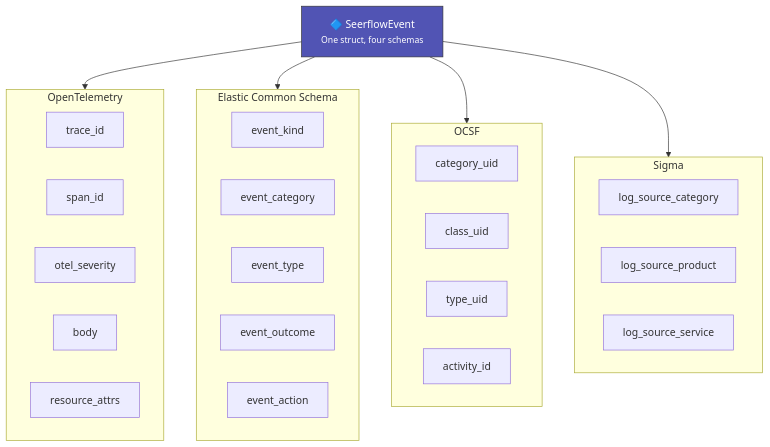
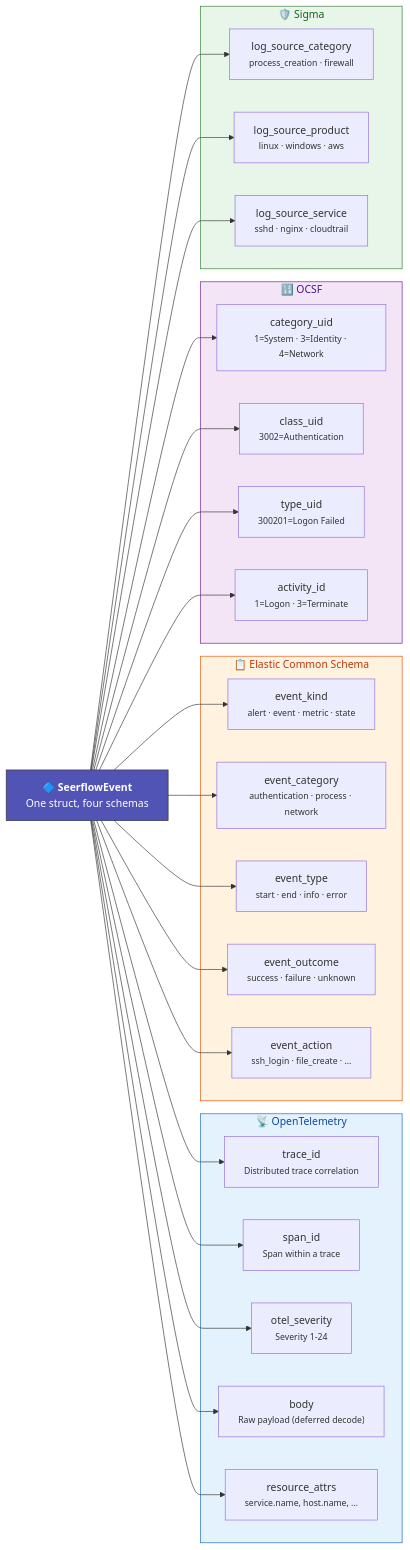
The diagram in docs/architecture/event-model.md (seerflow/seerflow-guide), drawn with Mermaid before and after one commit.

Commit message:
docs: enlarge Schema Unification diagram — LR layout, per-field arrows, descriptions, color-coded subgraphs

````diff
--- a/docs/architecture/event-model.md
+++ b/docs/architecture/event-model.md
@@ -147,44 +147,44 @@
 ```mermaid
-graph TB
-    SE["🔷 SeerflowEvent<br/><small>One struct, four schemas</small>"]
+graph LR
+    SE["🔷 <b>SeerflowEvent</b><br/>One struct, four schemas"]
 
-    subgraph OTel["OpenTelemetry"]
-        direction LR
-        OT1["trace_id"]
-        OT2["span_id"]
-        OT3["otel_severity"]
-        OT4["body"]
-        OT5["resource_attrs"]
+    subgraph OTel["📡 OpenTelemetry"]
+        OT1["trace_id<br/><small>Distributed trace correlation</small>"]
+        OT2["span_id<br/><small>Span within a trace</small>"]
+        OT3["otel_severity<br/><small>Severity 1-24</small>"]
+        OT4["body<br/><small>Raw payload (deferred decode)</small>"]
+        OT5["resource_attrs<br/><small>service.name, host.name, ...</small>"]
     end
 
-    subgraph ECS["Elastic Common Schema"]
-        direction LR
-        ECS1["event_kind"]
-        ECS2["event_category"]
-        ECS3["event_type"]
-        ECS4["event_outcome"]
-        ECS5["event_action"]
+    subgraph ECS["📋 Elastic Common Schema"]
+        ECS1["event_kind<br/><small>alert · event · metric · state</small>"]
+        ECS2["event_category<br/><small>authentication · process · network</small>"]
+        ECS3["event_type<br/><small>start · end · info · error</small>"]
+        ECS4["event_outcome<br/><small>success · failure · unknown</small>"]
+        ECS5["event_action<br/><small>ssh_login · file_create · ...</small>"]
     end
 
-    subgraph OCSF_g["OCSF"]
-        direction LR
-        OC1["category_uid"]
-        OC2["class_uid"]
-        OC3["type_uid"]
-        OC4["activity_id"]
+    subgraph OCSF_g["🔢 OCSF"]
+        OC1["category_uid<br/><small>1=System · 3=Identity · 4=Network</small>"]
+        OC2["class_uid<br/><small>3002=Authentication</small>"]
+        OC3["type_uid<br/><small>300201=Logon Failed</small>"]
+        OC4["activity_id<br/><small>1=Logon · 3=Terminate</small>"]
     end
 
-    subgraph Sigma_g["Sigma"]
-        direction LR
-        SG1["log_source_category"]
-        SG2["log_source_product"]
-        SG3["log_source_service"]
+    subgraph Sigma_g["🛡️ Sigma"]
+        SG1["log_source_category<br/><small>process_creation · firewall</small>"]
+        SG2["log_source_product<br/><small>linux · windows · aws</small>"]
+        SG3["log_source_service<br/><small>sshd · nginx · cloudtrail</small>"]
     end
 
-    SE --> OTel
-    SE --> ECS
-    SE --> OCSF_g
-    SE --> Sigma_g
+    SE --> OT1 & OT2 & OT3 & OT4 & OT5
+    SE --> ECS1 & ECS2 & ECS3 & ECS4 & ECS5
+    SE --> OC1 & OC2 & OC3 & OC4
+    SE --> SG1 & SG2 & SG3
 
     style SE fill:#5154B4,stroke:#333,color:#fff
+    style OTel fill:#e3f2fd,stroke:#1565c0,color:#0d47a1
+    style ECS fill:#fff3e0,stroke:#e65100,color:#bf360c
+    style OCSF_g fill:#f3e5f5,stroke:#6a1b9a,color:#4a148c
+    style Sigma_g fill:#e8f5e9,stroke:#2e7d32,color:#1b5e20
 ```
````
